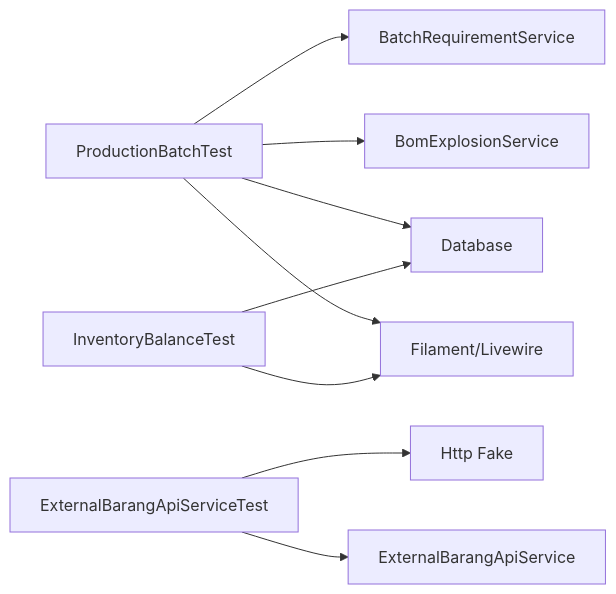
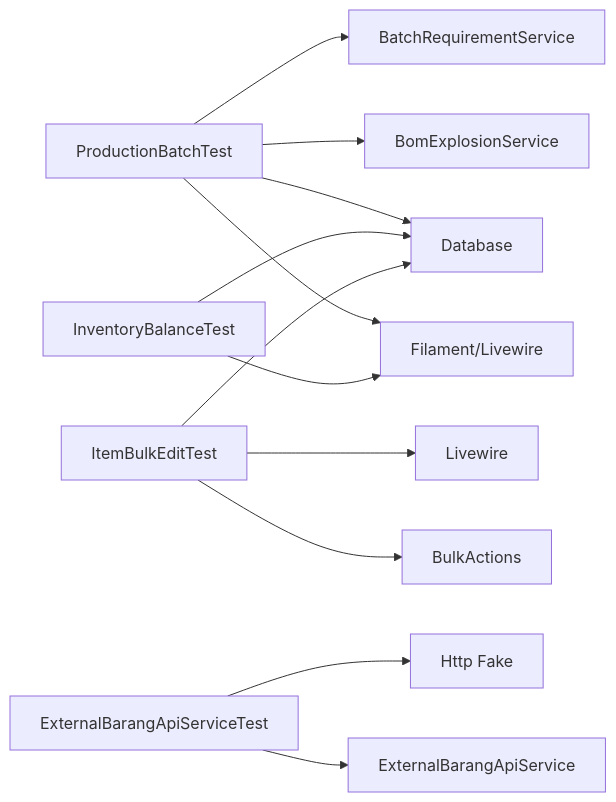
Before and after one commit to Dikksap/laravel_RsvHelmet: the eighth of 8 diagrams in .qoder/repowiki/en/content/Testing Strategy.md, drawn with Mermaid. The commit also changed other lines of this file and 25 other files, not shown here.

````diff
--- a/.qoder/repowiki/en/content/Testing Strategy.md
+++ b/.qoder/repowiki/en/content/Testing Strategy.md
@@ -309,11 +363,14 @@
 ```mermaid
 graph LR
 PT["ProductionBatchTest"] --> BF["BatchRequirementService"]
 PT --> EF["BomExplosionService"]
 PT --> DB["Database"]
 PT --> FW["Filament/Livewire"]
+IB["InventoryBalanceTest"] --> FW
+IB --> DB
+IBE["ItemBulkEditTest"] --> LW["Livewire"]
+IBE --> BA["BulkActions"]
+IBE --> DB
 EB["ExternalBarangApiServiceTest"] --> HC["Http Fake"]
 EB --> ES["ExternalBarangApiService"]
-IB["InventoryBalanceTest"] --> FW
-IB --> DB
 ```
````
